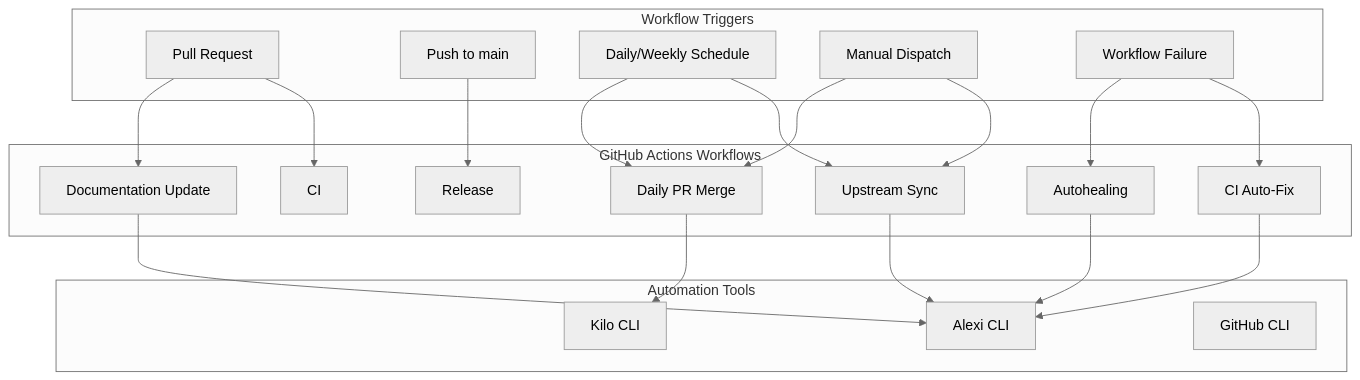
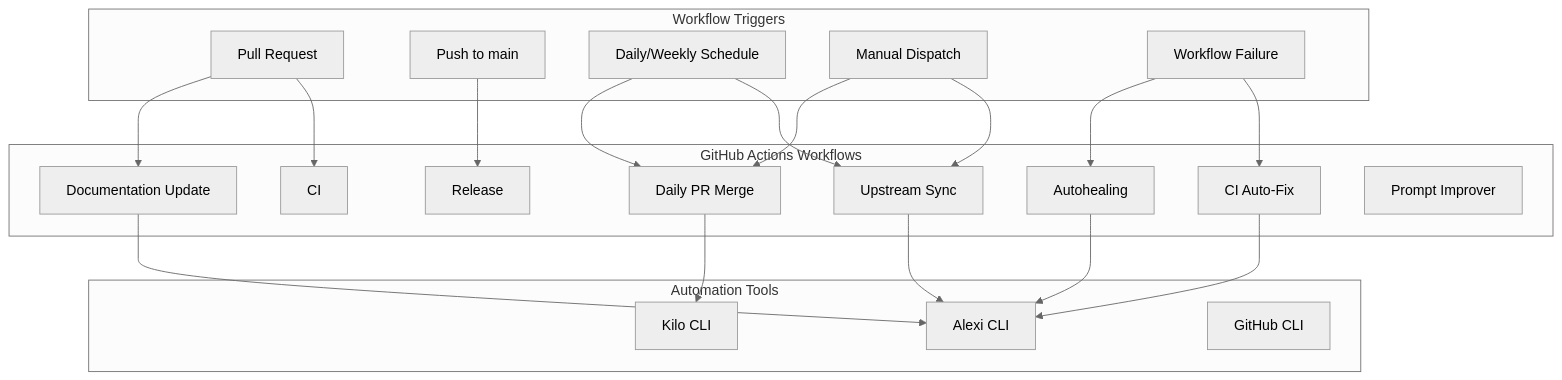
Before and after one commit to ausardcompany/alexi: the first of 6 diagrams in docs/AUTOMATION.md, drawn with Mermaid (neutral theme). The commit also changed other lines of this file and 7 other files, not shown here.

````diff
--- a/docs/AUTOMATION.md
+++ b/docs/AUTOMATION.md
@@ -11,42 +11,43 @@
 ```mermaid
 graph TB
     subgraph Triggers["Workflow Triggers"]
         PR[Pull Request]
         Push[Push to main]
         Schedule[Daily/Weekly Schedule]
         Manual[Manual Dispatch]
         Failure[Workflow Failure]
     end
     
     subgraph Workflows["GitHub Actions Workflows"]
         CI[CI]
         DocUpdate[Documentation Update]
         Sync[Upstream Sync]
         DailyMerge[Daily PR Merge]
         CIFix[CI Auto-Fix]
         Autohealing[Autohealing]
         Release[Release]
+        PromptOpt[Prompt Improver]
     end
     
     subgraph Tools["Automation Tools"]
         Kilo[Kilo CLI]
         Alexi[Alexi CLI]
         GH[GitHub CLI]
     end
     
     PR --> CI
     PR --> DocUpdate
     Schedule --> Sync
     Schedule --> DailyMerge
     Manual --> Sync
     Manual --> DailyMerge
     Push --> Release
     Failure --> CIFix
     Failure --> Autohealing
     
     DocUpdate --> Alexi
     Sync --> Alexi
     DailyMerge --> Kilo
     CIFix --> Alexi
     Autohealing --> Alexi
 ```
````
